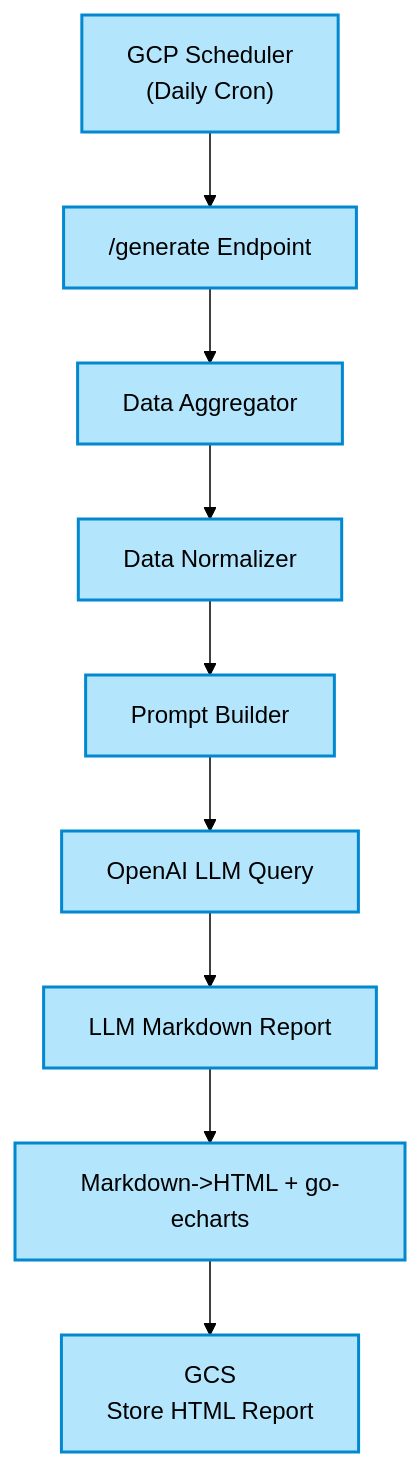
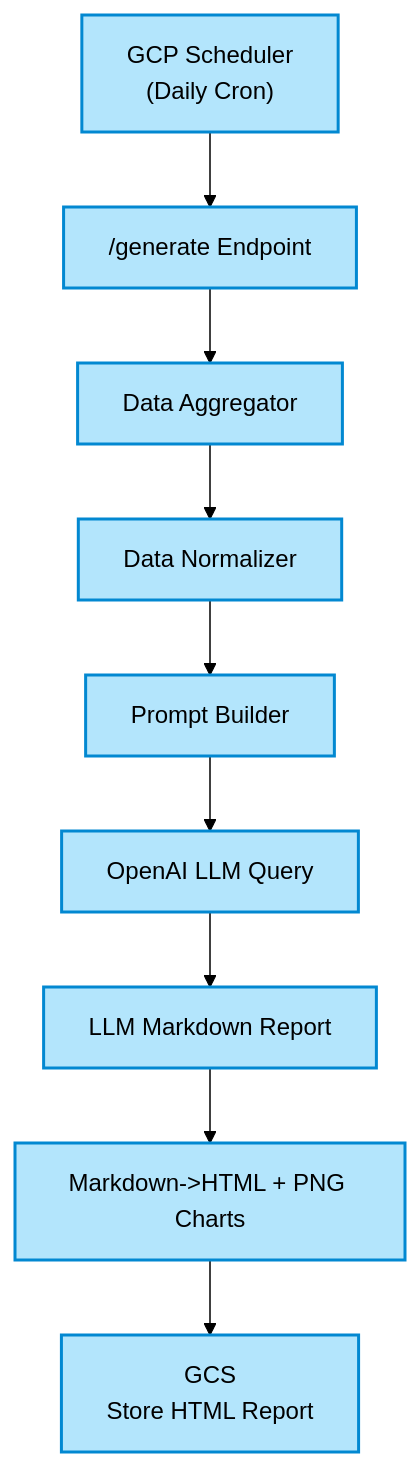
One commit to vpoluyaktov/radiocast changed the second of 4 diagrams in Specification.md. Above: the diagram before and after it, drawn with Mermaid (forest theme). The commit also changed other lines of this file, not shown here.

First line of the commit message:
docs: remove all go-echarts references and fix chart descriptions

````diff
--- a/Specification.md
+++ b/Specification.md
@@ -347,14 +347,14 @@
 ```mermaid
 flowchart TB
   Sched["GCP Scheduler<br>(Daily Cron)"] --> GenAPI["/generate Endpoint"]
   GenAPI --> Fetcher["Data Aggregator"]
   Fetcher --> Normalizer["Data Normalizer"]
   Normalizer --> PromptB["Prompt Builder"]
   PromptB --> LLMAPI["OpenAI LLM Query"]
   LLMAPI --> MarkDownReport["LLM Markdown Report"]
-  MarkDownReport --> HTMLGen["Markdown->HTML + go-echarts"]
+  MarkDownReport --> HTMLGen["Markdown->HTML + PNG Charts"]
   HTMLGen --> GCSStore["GCS<br>Store HTML Report"]
 
   class Sched,GenAPI,Fetcher,Normalizer,PromptB,LLMAPI,MarkDownReport,HTMLGen,GCSStore mainstep
   classDef mainstep fill:#b3e5fc,stroke:#0288d1,stroke-width:2px
 ```
````
